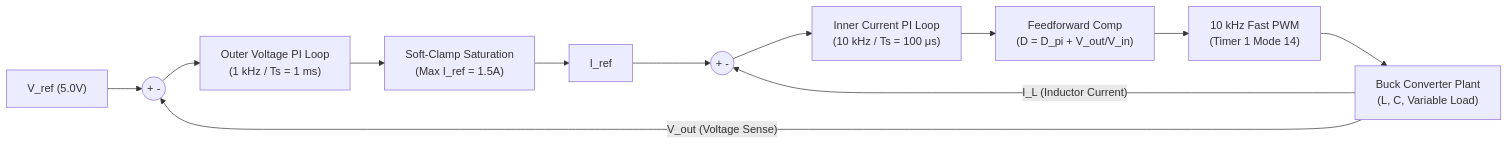
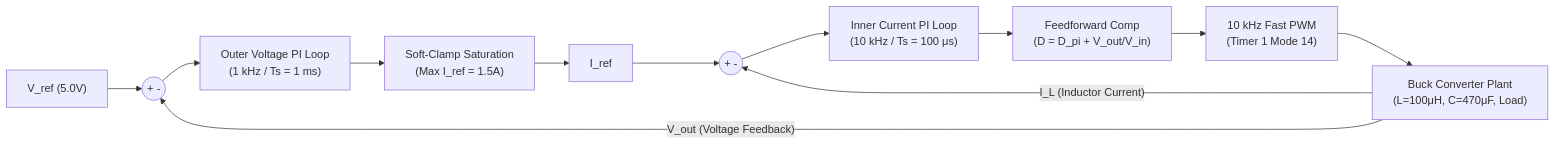
Before and after one commit to Hitesh070/Cascade-Dual-Loop-Buck-Converter: the first of 2 diagrams in README.md, drawn with Mermaid. The commit also changed other lines of this file, not shown here.

````diff
--- a/README.md
+++ b/README.md
@@ -39,15 +94,15 @@
 ```mermaid
 flowchart LR
     Vref["V_ref (5.0V)"] --> CompV((+ -))
     CompV --> OuterPI["Outer Voltage PI Loop\n(1 kHz / Ts = 1 ms)"]
     OuterPI --> Clamp["Soft-Clamp Saturation\n(Max I_ref = 1.5A)"]
     Clamp --> Iref["I_ref"]
     Iref --> CompI((+ -))
     CompI --> InnerPI["Inner Current PI Loop\n(10 kHz / Ts = 100 μs)"]
     InnerPI --> FF["Feedforward Comp\n(D = D_pi + V_out/V_in)"]
     FF --> PWM["10 kHz Fast PWM\n(Timer 1 Mode 14)"]
-    PWM --> Plant["Buck Converter Plant\n(L, C, Variable Load)"]
+    PWM --> Plant["Buck Converter Plant\n(L=100μH, C=470μF, Load)"]
 
-    Plant -- "V_out (Voltage Sense)" --> CompV
+    Plant -- "V_out (Voltage Feedback)" --> CompV
     Plant -- "I_L (Inductor Current)" --> CompI
 ```
````
